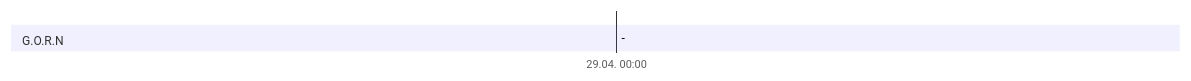
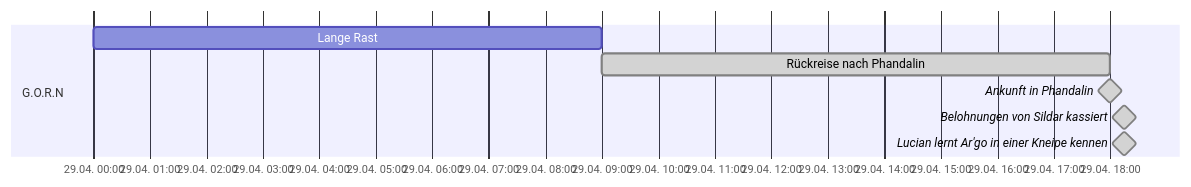
Before and after one commit to LorenJaffrey/DnD_PFT: the sixth of 13 diagrams in Kampagne/Timeline Kampagne 2.md, drawn with Mermaid. The commit also changed other lines of this file and 3 other files, not shown here.

````diff
--- a/Kampagne/Timeline Kampagne 2.md
+++ b/Kampagne/Timeline Kampagne 2.md
@@ -100,9 +101,13 @@
 ```mermaid
 gantt
 	dateFormat HH:mm
 	axisFormat %e.%m. %H:%M
 	tickinterval 1hour
 	weekday monday
 	section G.O.R.N
-		-: a1, 2024-04-29 00:00, 
+		Lange Rast: a1, 2024-04-29 00:00, 9h 
+		Rückreise nach Phandalin: done, a2, after a1, 9h
+		Ankunft in Phandalin: done, milestone, a3, after a2, 0h
+		Belohnungen von Sildar kassiert: done, milestone, a4, after a3, 30m
+		Lucian lernt Ar'go in einer Kneipe kennen: done, milestone, a5, after a3, 30m
 ```
````
